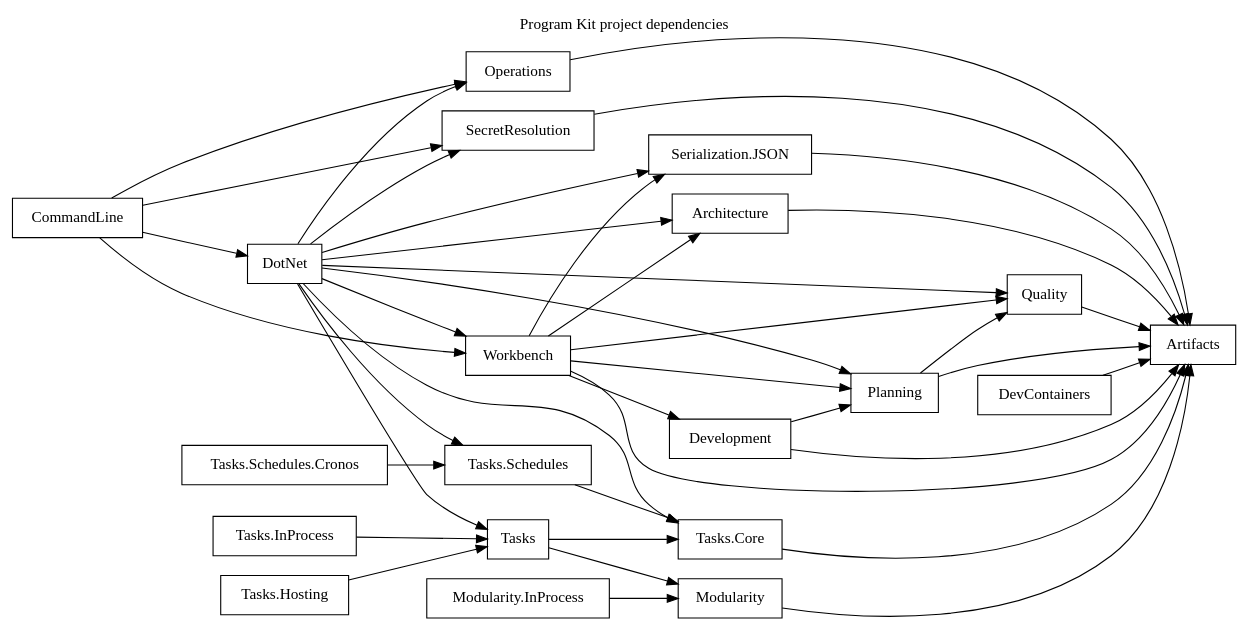
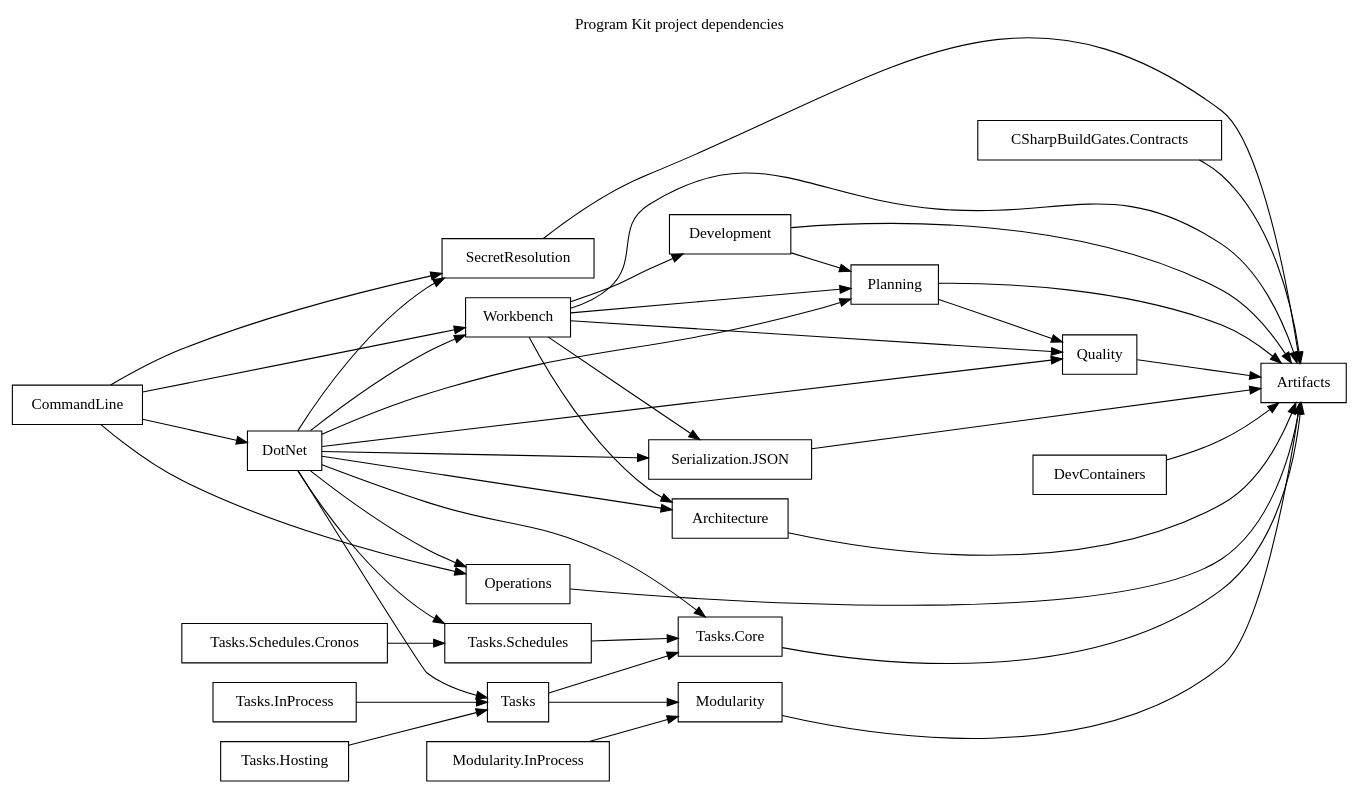
Before and after one commit to orbyss-io/program-kit: the diagram in artifacts/self-hosted/dependency-graph.dot, drawn with Graphviz. The commit also changed 78 other files, not shown here.

First line of the commit message:
feat(build-gates): define reusable C# gate contracts

```diff
--- a/artifacts/self-hosted/dependency-graph.dot
+++ b/artifacts/self-hosted/dependency-graph.dot
@@ -1,44 +1,45 @@
 digraph ProgramKitDependencies {
   graph [label="Program Kit project dependencies", labelloc="t", rankdir="LR"];
   node [shape="box"];
 
   "Architecture" -> "Artifacts";
+  "CSharpBuildGates.Contracts" -> "Artifacts";
   "CommandLine" -> "DotNet";
   "CommandLine" -> "Operations";
   "CommandLine" -> "SecretResolution";
   "CommandLine" -> "Workbench";
   "Development" -> "Artifacts";
   "Development" -> "Planning";
   "DevContainers" -> "Artifacts";
   "DotNet" -> "Architecture";
   "DotNet" -> "Operations";
   "DotNet" -> "Planning";
   "DotNet" -> "Quality";
   "DotNet" -> "SecretResolution";
   "DotNet" -> "Serialization.JSON";
   "DotNet" -> "Tasks";
   "DotNet" -> "Tasks.Core";
   "DotNet" -> "Tasks.Schedules";
   "DotNet" -> "Workbench";
   "Modularity" -> "Artifacts";
   "Modularity.InProcess" -> "Modularity";
   "Operations" -> "Artifacts";
   "Planning" -> "Artifacts";
   "Planning" -> "Quality";
   "Quality" -> "Artifacts";
   "SecretResolution" -> "Artifacts";
   "Serialization.JSON" -> "Artifacts";
   "Tasks" -> "Modularity";
   "Tasks" -> "Tasks.Core";
   "Tasks.Core" -> "Artifacts";
   "Tasks.Hosting" -> "Tasks";
   "Tasks.InProcess" -> "Tasks";
   "Tasks.Schedules" -> "Tasks.Core";
   "Tasks.Schedules.Cronos" -> "Tasks.Schedules";
   "Workbench" -> "Architecture";
   "Workbench" -> "Artifacts";
   "Workbench" -> "Development";
   "Workbench" -> "Planning";
   "Workbench" -> "Quality";
   "Workbench" -> "Serialization.JSON";
 }
```
